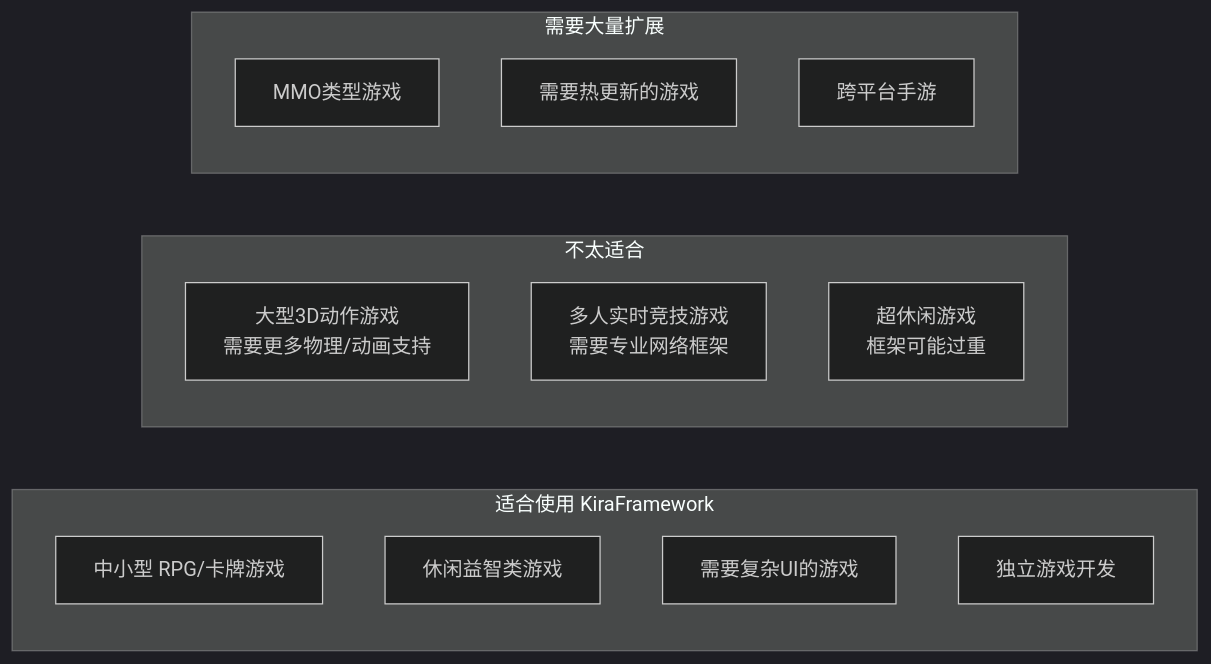
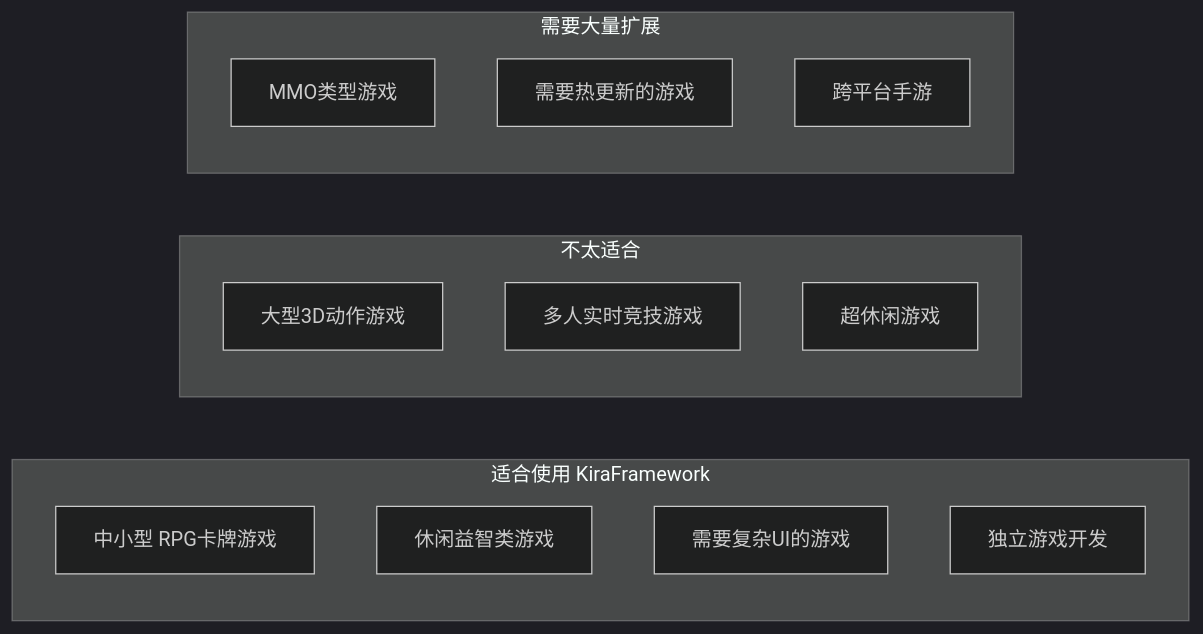
The seventh of 7 diagrams in data/kira-framework-analysis.md (KTSAMA001/AgentSkill-Akasha-KT), drawn with Mermaid (dark theme) before and after one commit. The commit also changed other lines of this file, not shown here.

First line of the commit message:
fix: correct Mermaid syntax in kira-framework-analysis.md

````diff
--- a/data/kira-framework-analysis.md
+++ b/data/kira-framework-analysis.md
@@ -395,21 +395,21 @@
 ```mermaid
 flowchart LR
-    subgraph 适合["适合使用 KiraFramework"]
-        A1["中小型 RPG/卡牌游戏"]
+    subgraph suitable["适合使用 KiraFramework"]
+        A1["中小型 RPG卡牌游戏"]
         A2["休闲益智类游戏"]
         A3["需要复杂UI的游戏"]
         A4["独立游戏开发"]
     end
 
-    subgraph 不太适合["不太适合"]
-        B1["大型3D动作游戏<br/>需要更多物理/动画支持"]
-        B2["多人实时竞技游戏<br/>需要专业网络框架"]
-        B3["超休闲游戏<br/>框架可能过重"]
+    subgraph unsuitable["不太适合"]
+        B1["大型3D动作游戏"]
+        B2["多人实时竞技游戏"]
+        B3["超休闲游戏"]
     end
 
-    subgraph 需要扩展["需要大量扩展"]
+    subgraph extend["需要大量扩展"]
         C1["MMO类型游戏"]
         C2["需要热更新的游戏"]
         C3["跨平台手游"]
     end
 ```
````
